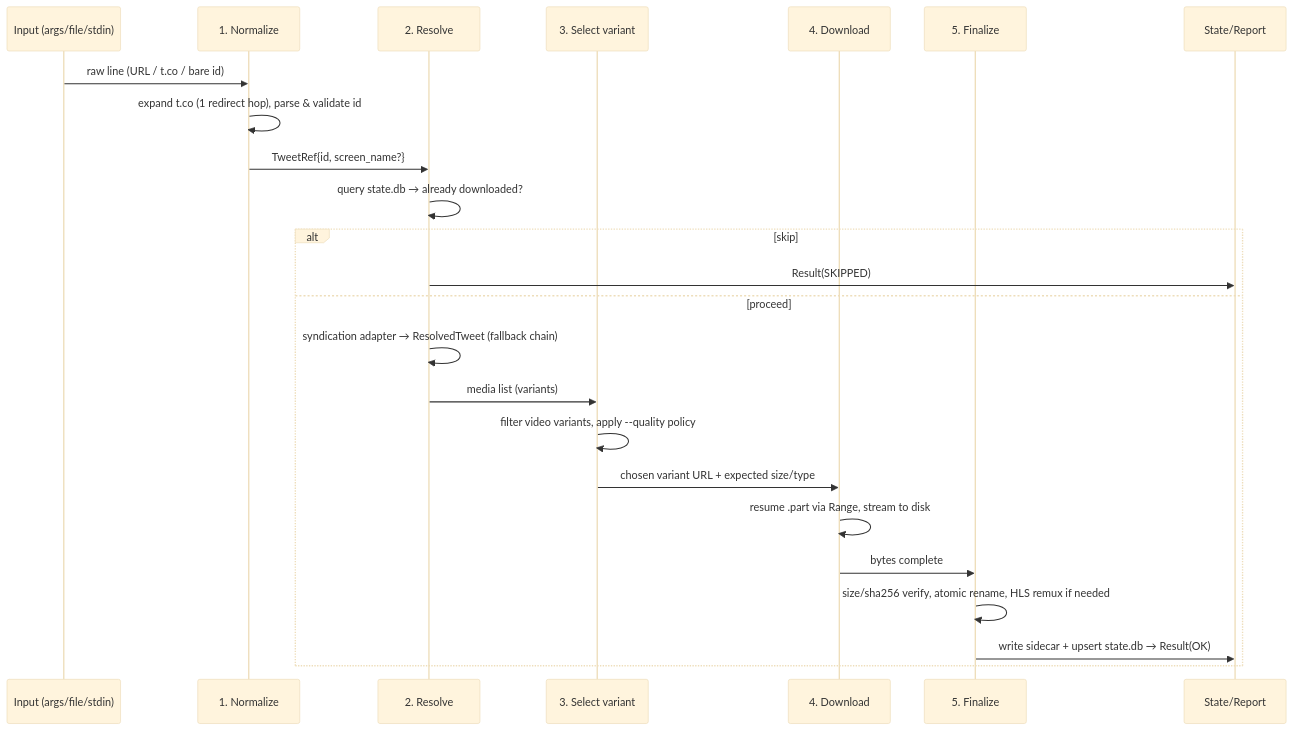
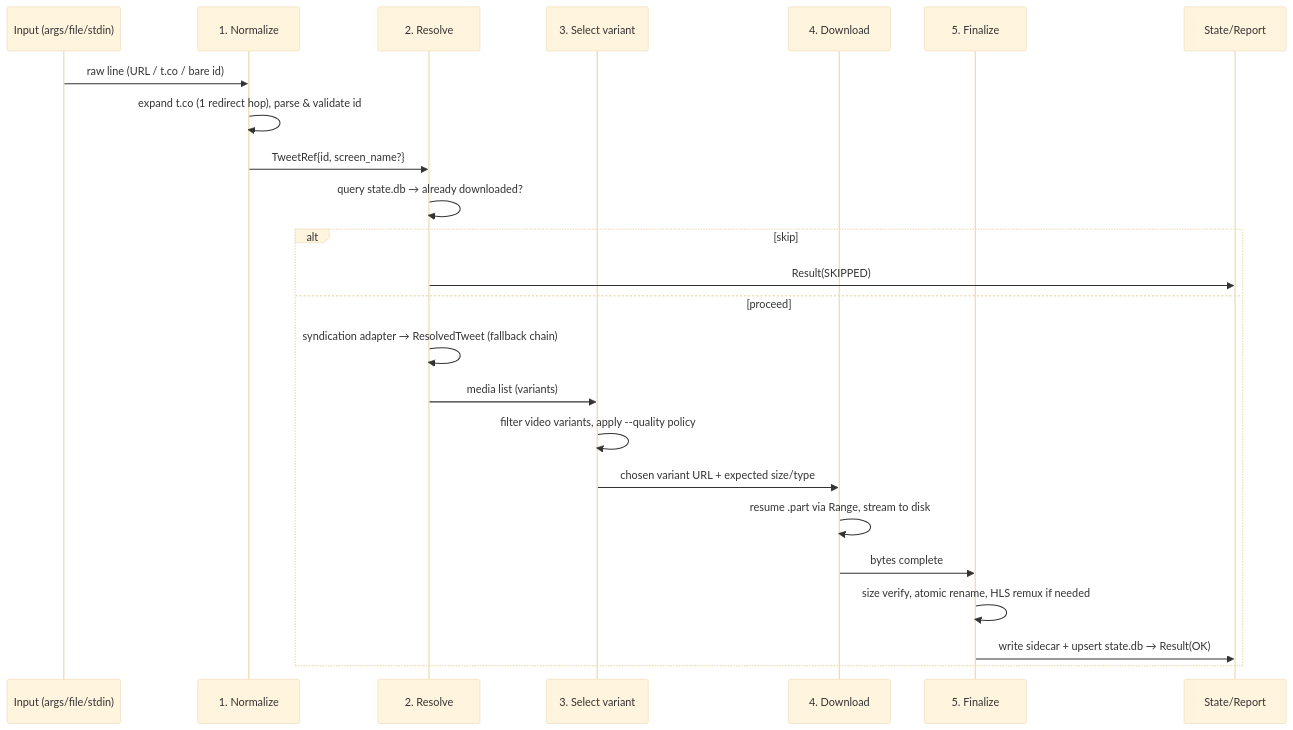
Before and after one commit to ocim128/downloader: the second of 2 diagrams in docs/02-architecture.md, drawn with Mermaid (base theme). The commit also changed other lines of this file and 58 other files, not shown here.

````diff
--- a/docs/02-architecture.md
+++ b/docs/02-architecture.md
@@ -47,27 +47,27 @@
 ```mermaid
 sequenceDiagram
     participant In as Input (args/file/stdin)
     participant N as 1. Normalize
     participant R as 2. Resolve
     participant S as 3. Select variant
     participant D as 4. Download
     participant F as 5. Finalize
     participant O as State/Report
 
     In->>N: raw line (URL / t.co / bare id)
     N->>N: expand t.co (1 redirect hop), parse & validate id
     N->>R: TweetRef{id, screen_name?}
     R->>R: query state.db → already downloaded?
     alt skip
         R->>O: Result(SKIPPED)
     else proceed
         R->>R: syndication adapter → ResolvedTweet (fallback chain)
         R->>S: media list (variants)
         S->>S: filter video variants, apply --quality policy
         S->>D: chosen variant URL + expected size/type
         D->>D: resume .part via Range, stream to disk
         D->>F: bytes complete
-        F->>F: size/sha256 verify, atomic rename, HLS remux if needed
+        F->>F: size verify, atomic rename, HLS remux if needed
         F->>O: write sidecar + upsert state.db → Result(OK)
     end
 ```
````
